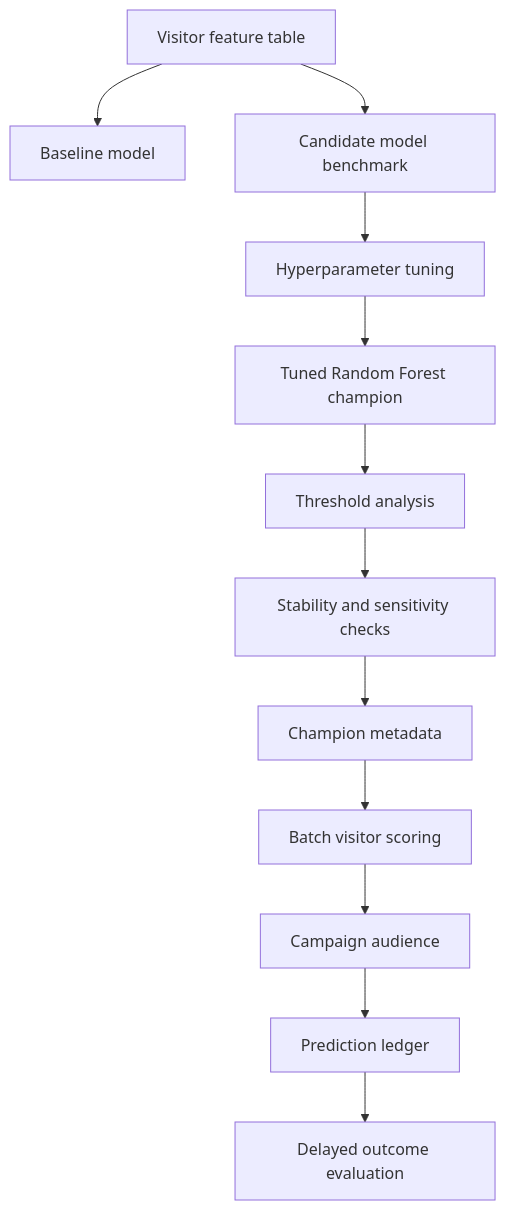
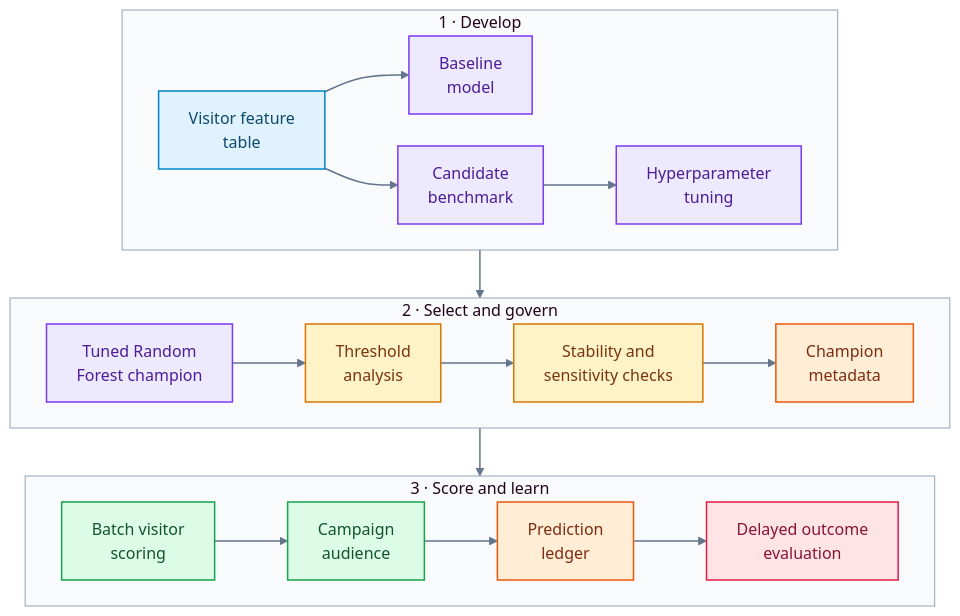
The fourth of 15 diagrams in README.md (RuturajM31/E-Commerce-Conversion-Intelligence-Platform), drawn with Mermaid before and after one commit. The commit also changed other lines of this file, not shown here.

Commit message:
docs: polish README diagrams and visual design

````diff
--- a/README.md
+++ b/README.md
@@ -277,14 +321,36 @@
 ```mermaid
-flowchart TD
-    A["Visitor feature table"] --> B["Baseline model"]
-    A --> C["Candidate model benchmark"]
-    C --> D["Hyperparameter tuning"]
-    D --> E["Tuned Random Forest champion"]
-    E --> F["Threshold analysis"]
-    F --> G["Stability and sensitivity checks"]
-    G --> H["Champion metadata"]
-    H --> I["Batch visitor scoring"]
-    I --> J["Campaign audience"]
-    J --> K["Prediction ledger"]
-    K --> L["Delayed outcome evaluation"]
+%%{init: {"theme":"base","flowchart":{"curve":"basis","htmlLabels":true,"nodeSpacing":32,"rankSpacing":48},"themeVariables":{"fontFamily":"Inter,Segoe UI,Arial,sans-serif","fontSize":"16px","primaryColor":"#E0F2FE","primaryTextColor":"#0F172A","primaryBorderColor":"#0284C7","lineColor":"#64748B","secondaryColor":"#EDE9FE","tertiaryColor":"#DCFCE7","clusterBkg":"#F8FAFC","clusterBorder":"#94A3B8","edgeLabelBackground":"#FFFFFF"}}}%%
+flowchart TB
+    subgraph DEVELOP["1 · Develop"]
+        direction LR
+        A["Visitor feature<br/>table"]:::data --> B["Baseline<br/>model"]:::ml
+        A --> C["Candidate<br/>benchmark"]:::ml
+        C --> D["Hyperparameter<br/>tuning"]:::ml
+    end
+
+    subgraph SELECT["2 · Select and govern"]
+        direction LR
+        E["Tuned Random<br/>Forest champion"]:::ml --> F["Threshold<br/>analysis"]:::decision
+        F --> G["Stability and<br/>sensitivity checks"]:::decision
+        G --> H["Champion<br/>metadata"]:::ops
+    end
+
+    subgraph OPERATE["3 · Score and learn"]
+        direction LR
+        I["Batch visitor<br/>scoring"]:::business --> J["Campaign<br/>audience"]:::business
+        J --> K["Prediction<br/>ledger"]:::ops
+        K --> L["Delayed outcome<br/>evaluation"]:::monitor
+    end
+
+    D --> E
+    H --> I
+
+classDef data fill:#E0F2FE,stroke:#0284C7,color:#0C4A6E,stroke-width:1.5px;
+    classDef ml fill:#EDE9FE,stroke:#7C3AED,color:#4C1D95,stroke-width:1.5px;
+    classDef business fill:#DCFCE7,stroke:#16A34A,color:#14532D,stroke-width:1.5px;
+    classDef ops fill:#FFEDD5,stroke:#EA580C,color:#7C2D12,stroke-width:1.5px;
+    classDef monitor fill:#FFE4E6,stroke:#E11D48,color:#881337,stroke-width:1.5px;
+    classDef platform fill:#F1F5F9,stroke:#64748B,color:#1E293B,stroke-width:1.5px;
+    classDef decision fill:#FEF3C7,stroke:#D97706,color:#78350F,stroke-width:1.5px;
+    linkStyle default stroke:#64748B,stroke-width:1.5px;
 ```
````
